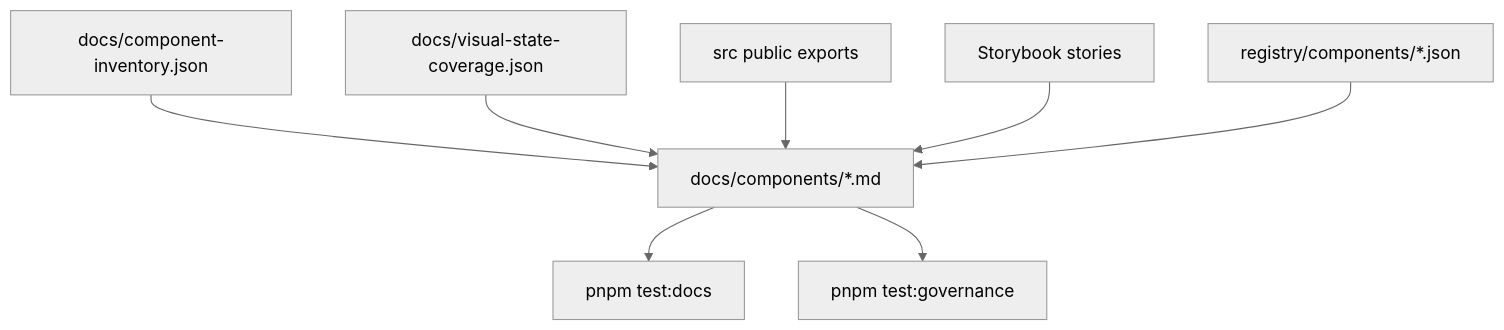
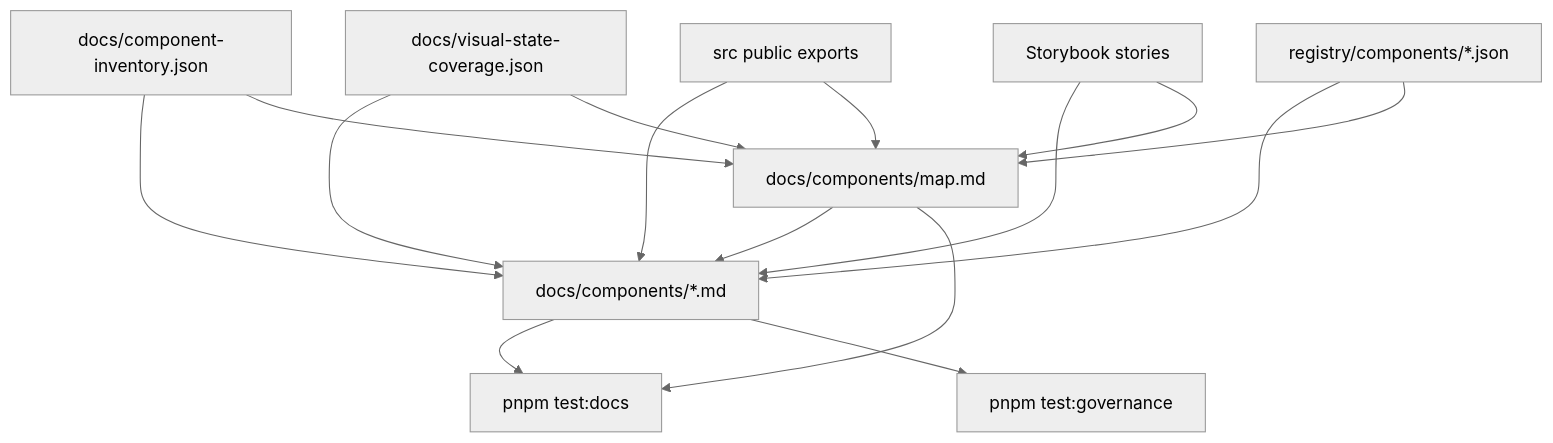
The diagram in docs/components/index.md (clean99/liquid-glass), drawn with Mermaid (neutral theme) before and after one commit. The commit also changed other lines of this file and 9 other files, not shown here.

Commit message:
Add component documentation map

````diff
--- a/docs/components/index.md
+++ b/docs/components/index.md
@@ -33,10 +45,17 @@
 ```mermaid
 flowchart TD
   Inventory["docs/component-inventory.json"] --> ComponentPage["docs/components/*.md"]
+  Inventory --> ComponentMap["docs/components/map.md"]
   VisualState["docs/visual-state-coverage.json"] --> ComponentPage
+  VisualState --> ComponentMap
   Source["src public exports"] --> ComponentPage
+  Source --> ComponentMap
   Stories["Storybook stories"] --> ComponentPage
+  Stories --> ComponentMap
   Registry["registry/components/*.json"] --> ComponentPage
+  Registry --> ComponentMap
+  ComponentMap --> ComponentPage
   ComponentPage --> DocsGate["pnpm test:docs"]
+  ComponentMap --> DocsGate
   ComponentPage --> GovernanceGate["pnpm test:governance"]
 ```
````
